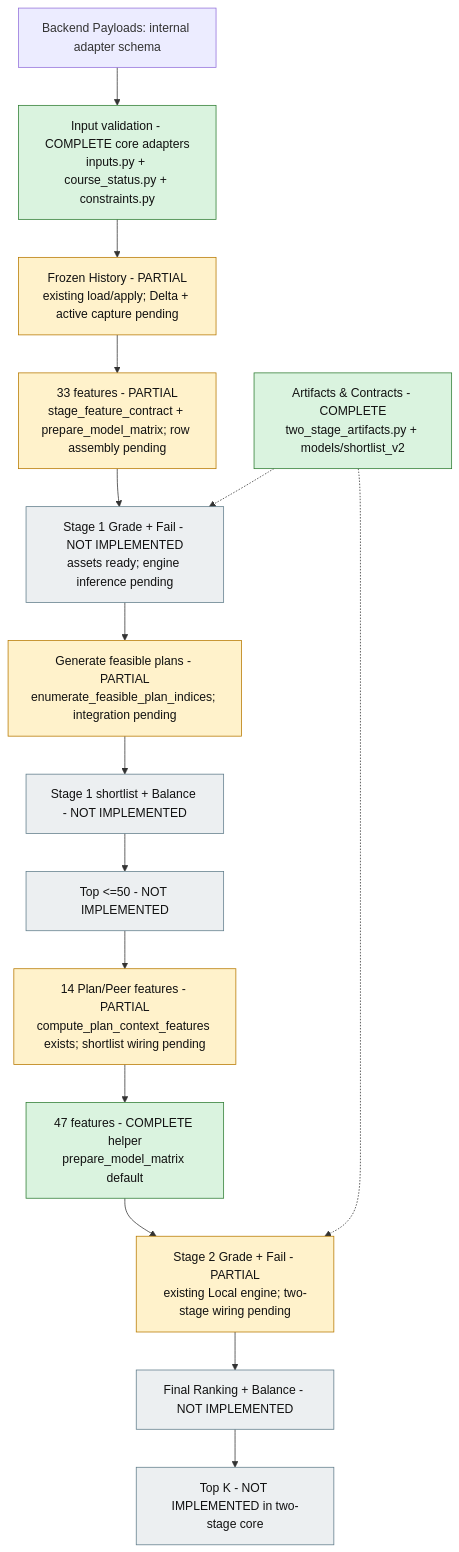
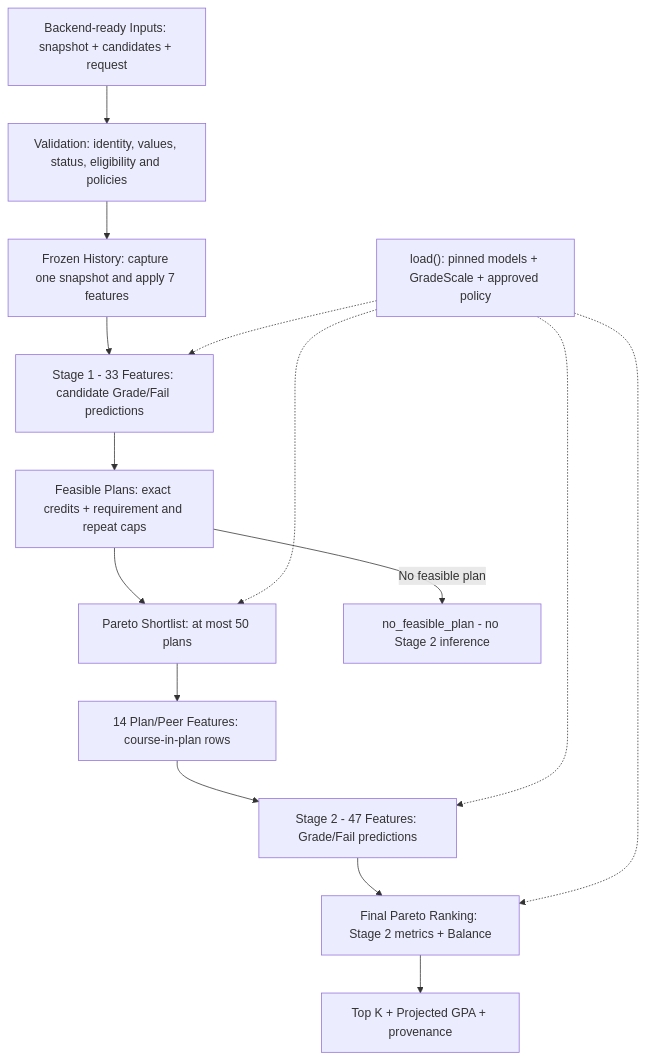
One commit to ShrkoXIII/Academic_Advisor_Simple changed the first of 2 diagrams in plan_explanation/TWO_STAGE_DATA_FLOW.md. Above: the diagram before and after it, drawn with Mermaid. The commit also changed other lines of this file and 137 other files, not shown here.

````diff
--- a/plan_explanation/TWO_STAGE_DATA_FLOW.md
+++ b/plan_explanation/TWO_STAGE_DATA_FLOW.md
@@ -7,24 +9,17 @@
 ```mermaid
 flowchart TD
-    A["Backend Payloads: internal adapter schema"] --> B["Input validation - COMPLETE core adapters<br/>inputs.py + course_status.py + constraints.py"]
-    B --> C["Frozen History - PARTIAL<br/>existing load/apply; Delta + active capture pending"]
-    C --> D["33 features - PARTIAL<br/>stage_feature_contract + prepare_model_matrix; row assembly pending"]
-    D --> E["Stage 1 Grade + Fail - NOT IMPLEMENTED<br/>assets ready; engine inference pending"]
-    E --> F["Generate feasible plans - PARTIAL<br/>enumerate_feasible_plan_indices; integration pending"]
-    F --> G["Stage 1 shortlist + Balance - NOT IMPLEMENTED"]
-    G --> H["Top <=50 - NOT IMPLEMENTED"]
-    H --> I["14 Plan/Peer features - PARTIAL<br/>compute_plan_context_features exists; shortlist wiring pending"]
-    I --> J["47 features - COMPLETE helper<br/>prepare_model_matrix default"]
-    J --> K["Stage 2 Grade + Fail - PARTIAL<br/>existing Local engine; two-stage wiring pending"]
-    K --> L["Final Ranking + Balance - NOT IMPLEMENTED"]
-    L --> M["Top K - NOT IMPLEMENTED in two-stage core"]
-    P["Artifacts & Contracts - COMPLETE<br/>two_stage_artifacts.py + models/shortlist_v2"] -.-> E
-    P -.-> K
-
-    classDef complete fill:#daf3df,stroke:#2e7d32,color:#111;
-    classDef partial fill:#fff2cb,stroke:#b77900,color:#111;
-    classDef pending fill:#eceff1,stroke:#607d8b,color:#111;
-    class P,J,B complete;
-    class C,D,F,I,K partial;
-    class E,G,H,L,M pending;
+    A["Backend-ready Inputs: snapshot + candidates + request"] --> B["Validation: identity, values, status, eligibility and policies"]
+    B --> C["Frozen History: capture one snapshot and apply 7 features"]
+    C --> D["Stage 1 - 33 Features: candidate Grade/Fail predictions"]
+    D --> E["Feasible Plans: exact credits + requirement and repeat caps"]
+    E --> F["Pareto Shortlist: at most 50 plans"]
+    F --> G["14 Plan/Peer Features: course-in-plan rows"]
+    G --> H["Stage 2 - 47 Features: Grade/Fail predictions"]
+    H --> I["Final Pareto Ranking: Stage 2 metrics + Balance"]
+    I --> J["Top K + Projected GPA + provenance"]
+    E -->|"No feasible plan"| N["no_feasible_plan - no Stage 2 inference"]
+    L["load(): pinned models + GradeScale + approved policy"] -.-> D
+    L -.-> H
+    L -.-> F
+    L -.-> I
 ```
````
